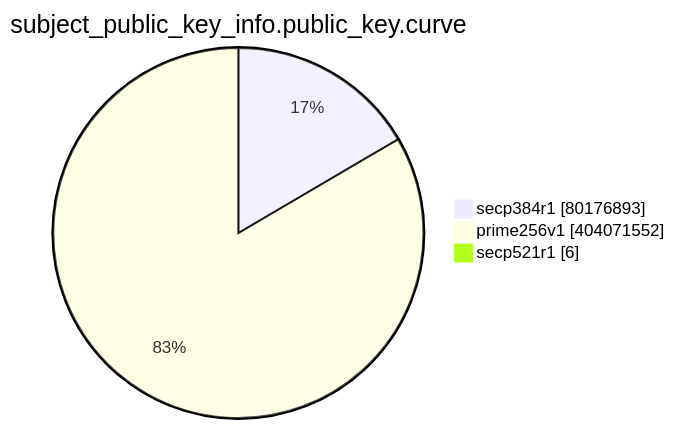
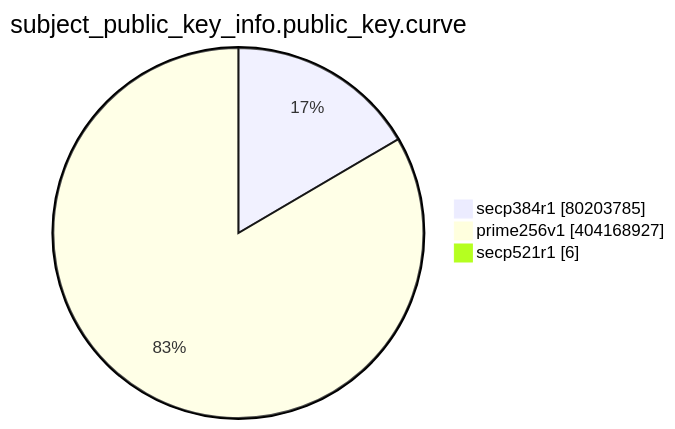
The eighth of 15 diagrams in TOTAL/README.md (christiankrug/ctmonitor_visualization), drawn with Mermaid before and after one commit. The commit also changed other lines of this file, not shown here.

````diff
--- a/TOTAL/README.md
+++ b/TOTAL/README.md
@@ -3095,7 +3095,7 @@
 ```mermaid
 pie showData
 title subject_public_key_info.public_key.curve
-"secp384r1" :80176893
-"prime256v1" :404071552
+"secp384r1" :80203785
+"prime256v1" :404168927
 "secp521r1" :6
 ```
````
